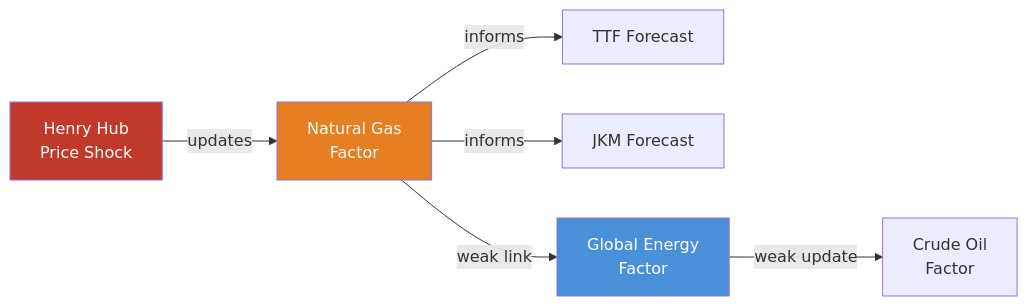
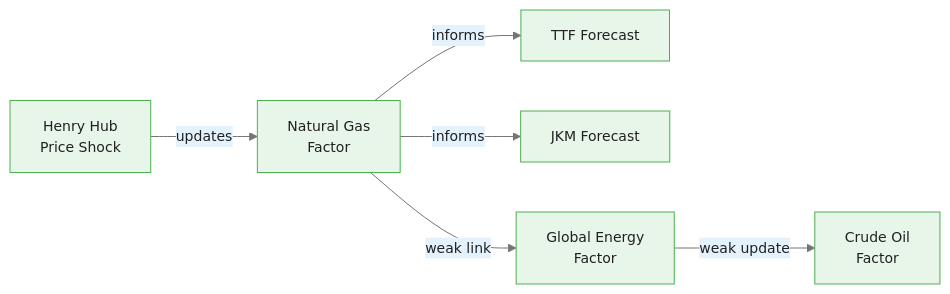
Before and after one commit to m-deane/course-creator: the second of 3 diagrams in courses/bayesian-commodity-forecasting/modules/module_04_hierarchical/guides/02_energy_complex_slides.md, drawn with Mermaid. The commit also changed other lines of this file and 104 other files, not shown here.

````diff
--- a/courses/bayesian-commodity-forecasting/modules/module_04_hierarchical/guides/02_energy_complex_slides.md
+++ b/courses/bayesian-commodity-forecasting/modules/module_04_hierarchical/guides/02_energy_complex_slides.md
@@ -219,11 +232,9 @@
 ```mermaid
+%%{init: {"theme": "base", "themeVariables": {"primaryColor": "#e8f5e9", "primaryBorderColor": "#4caf50", "primaryTextColor": "#212121", "secondaryColor": "#e3f2fd", "tertiaryColor": "#fff8e1", "lineColor": "#757575", "fontFamily": "Inter, sans-serif", "fontSize": "14px"}}}%%
 flowchart LR
     HH["Henry Hub\nPrice Shock"] -->|"updates"| NGF["Natural Gas\nFactor"]
     NGF -->|"informs"| TTF["TTF Forecast"]
     NGF -->|"informs"| JKM["JKM Forecast"]
     NGF -->|"weak link"| GEF["Global Energy\nFactor"]
     GEF -->|"weak update"| COF["Crude Oil\nFactor"]
-    style HH fill:#c0392b,color:#fff
-    style NGF fill:#e67e22,color:#fff
-    style GEF fill:#4a90d9,color:#fff
 ```
````
